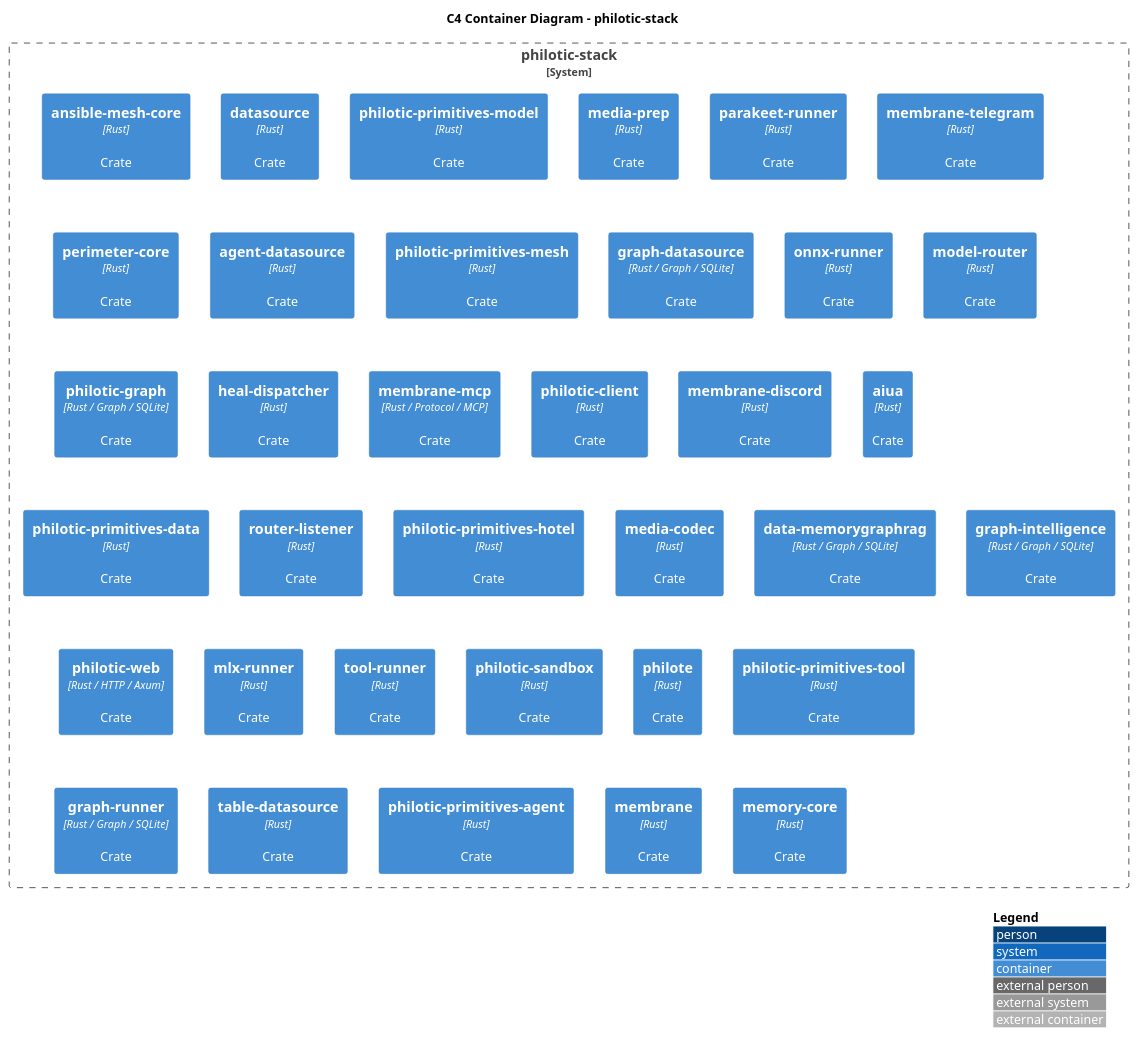
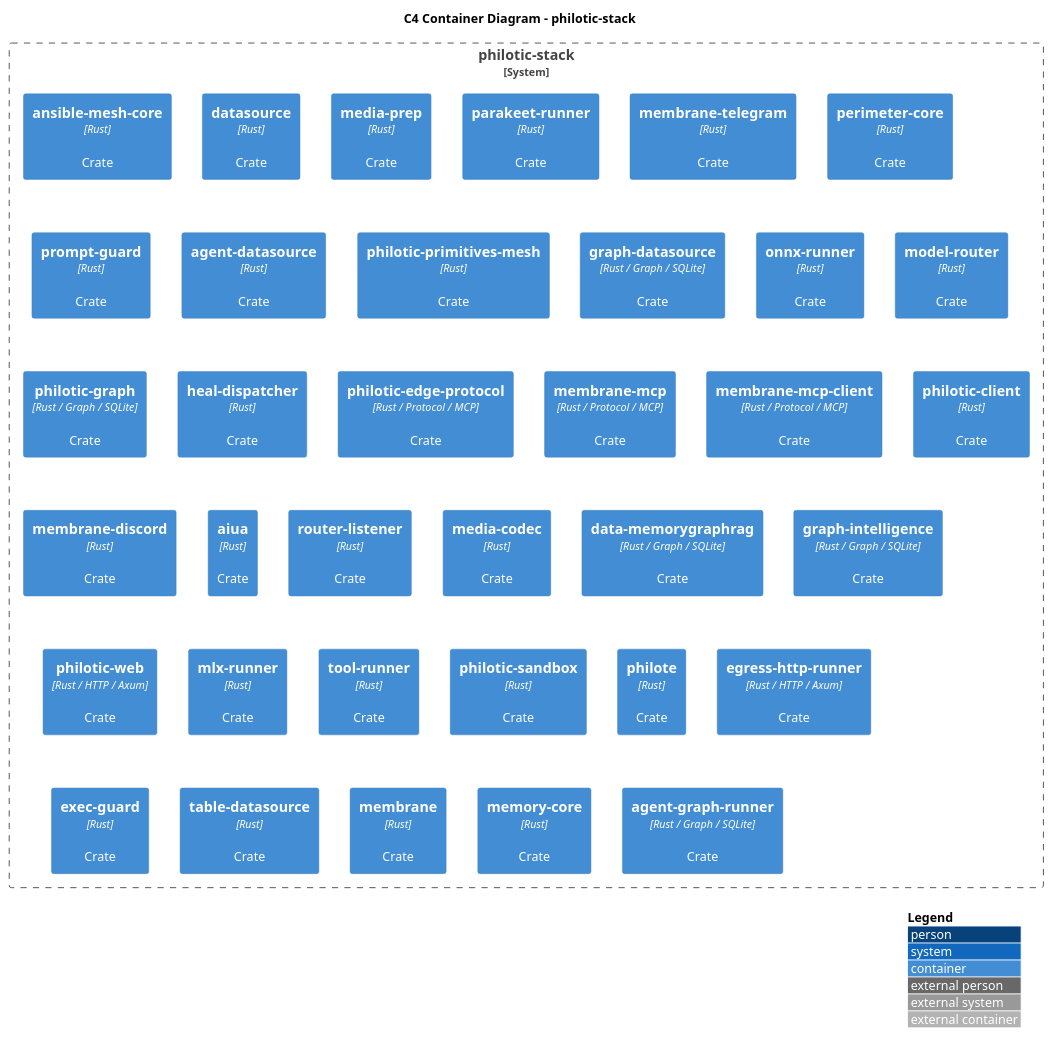
One commit to likesjx/philotic-stack changed the diagram in docs/architecture/generated/c4-container.puml. Above: the diagram before and after it, drawn with PlantUML. The commit also changed 98 other files, not shown here.

```diff
--- a/docs/architecture/generated/c4-container.puml
+++ b/docs/architecture/generated/c4-container.puml
@@ -1,47 +1,47 @@
 @startuml
 !include https://raw.githubusercontent.com/plantuml-stdlib/C4-PlantUML/master/C4_Container.puml
 
 LAYOUT_WITH_LEGEND()
 
 title C4 Container Diagram - philotic-stack
 
 System_Boundary(philotic_stack, "philotic-stack") {
     Container(ansible_mesh_core, "ansible-mesh-core", "Rust", "Crate")
     Container(datasource, "datasource", "Rust", "Crate")
-    Container(philotic_primitives_model, "philotic-primitives-model", "Rust", "Crate")
     Container(media_prep, "media-prep", "Rust", "Crate")
     Container(parakeet_runner, "parakeet-runner", "Rust", "Crate")
     Container(membrane_telegram, "membrane-telegram", "Rust", "Crate")
     Container(perimeter_core, "perimeter-core", "Rust", "Crate")
+    Container(prompt_guard, "prompt-guard", "Rust", "Crate")
     Container(agent_datasource, "agent-datasource", "Rust", "Crate")
     Container(philotic_primitives_mesh, "philotic-primitives-mesh", "Rust", "Crate")
     Container(graph_datasource, "graph-datasource", "Rust / Graph / SQLite", "Crate")
     Container(onnx_runner, "onnx-runner", "Rust", "Crate")
     Container(model_router, "model-router", "Rust", "Crate")
     Container(philotic_graph, "philotic-graph", "Rust / Graph / SQLite", "Crate")
     Container(heal_dispatcher, "heal-dispatcher", "Rust", "Crate")
+    Container(philotic_edge_protocol, "philotic-edge-protocol", "Rust / Protocol / MCP", "Crate")
     Container(membrane_mcp, "membrane-mcp", "Rust / Protocol / MCP", "Crate")
+    Container(membrane_mcp_client, "membrane-mcp-client", "Rust / Protocol / MCP", "Crate")
     Container(philotic_client, "philotic-client", "Rust", "Crate")
     Container(membrane_discord, "membrane-discord", "Rust", "Crate")
     Container(aiua, "aiua", "Rust", "Crate")
-    Container(philotic_primitives_data, "philotic-primitives-data", "Rust", "Crate")
     Container(router_listener, "router-listener", "Rust", "Crate")
-    Container(philotic_primitives_hotel, "philotic-primitives-hotel", "Rust", "Crate")
     Container(media_codec, "media-codec", "Rust", "Crate")
     Container(data_memorygraphrag, "data-memorygraphrag", "Rust / Graph / SQLite", "Crate")
     Container(graph_intelligence, "graph-intelligence", "Rust / Graph / SQLite", "Crate")
     Container(philotic_web, "philotic-web", "Rust / HTTP / Axum", "Crate")
     Container(mlx_runner, "mlx-runner", "Rust", "Crate")
     Container(tool_runner, "tool-runner", "Rust", "Crate")
     Container(philotic_sandbox, "philotic-sandbox", "Rust", "Crate")
     Container(philote, "philote", "Rust", "Crate")
-    Container(philotic_primitives_tool, "philotic-primitives-tool", "Rust", "Crate")
-    Container(graph_runner, "graph-runner", "Rust / Graph / SQLite", "Crate")
+    Container(egress_http_runner, "egress-http-runner", "Rust / HTTP / Axum", "Crate")
+    Container(exec_guard, "exec-guard", "Rust", "Crate")
     Container(table_datasource, "table-datasource", "Rust", "Crate")
-    Container(philotic_primitives_agent, "philotic-primitives-agent", "Rust", "Crate")
     Container(membrane, "membrane", "Rust", "Crate")
     Container(memory_core, "memory-core", "Rust", "Crate")
+    Container(agent_graph_runner, "agent-graph-runner", "Rust / Graph / SQLite", "Crate")
 }
 
 
 @enduml
```
